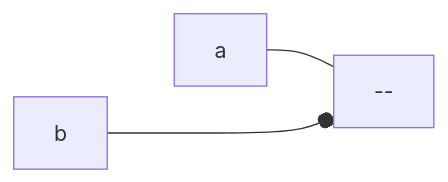
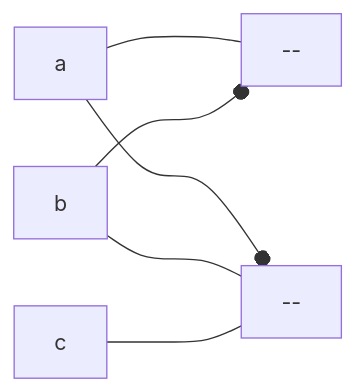
One commit to tnichols217/notes changed the diagram in CSDS 281 - Logic Design/HW/4.md. Above: the diagram before and after it, drawn with Mermaid.

Commit message:
vault backup: 2024-02-22 22:51:14

````diff
--- a/CSDS 281 - Logic Design/HW/4.md
+++ b/CSDS 281 - Logic Design/HW/4.md
@@ -83,6 +83,8 @@
 ```mermaid
 flowchart LR
-a --- nor1[--]
+a ---- nor1[--]
 b ---o nor1
-
+a ---o nor2[--]
+b & c ---- nor2
+nor1
 ```
````
